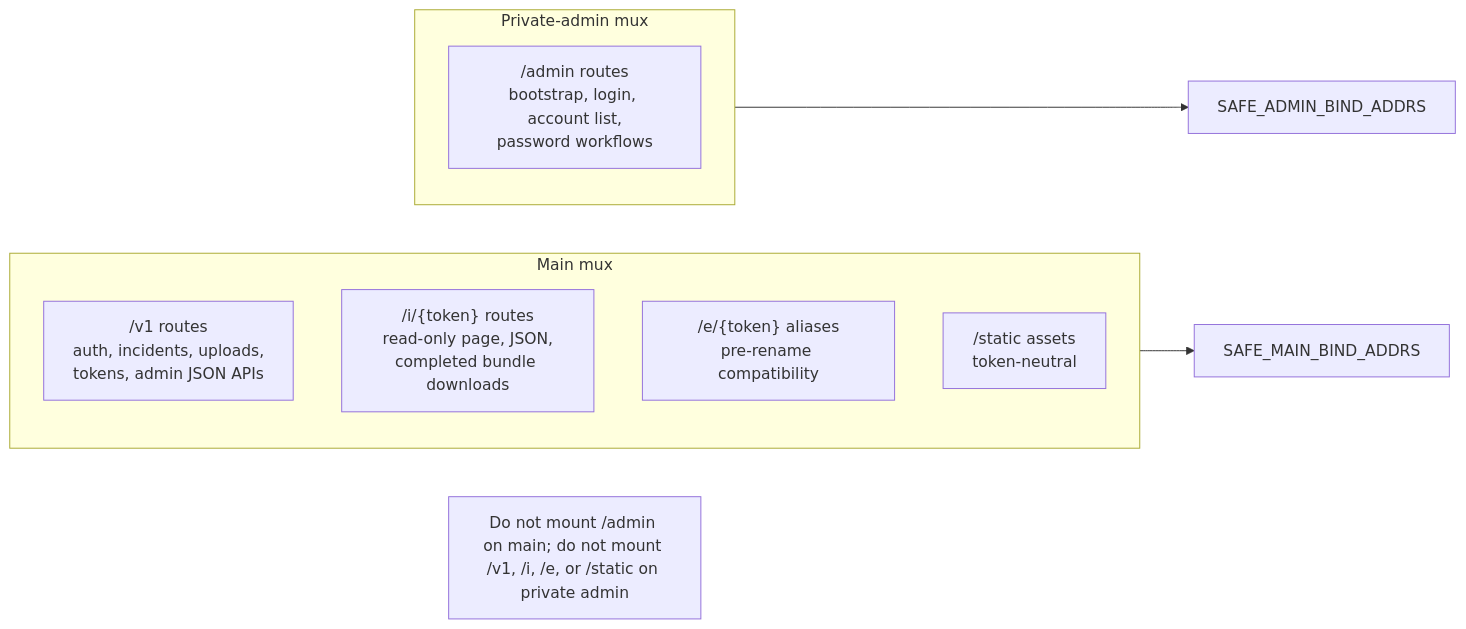
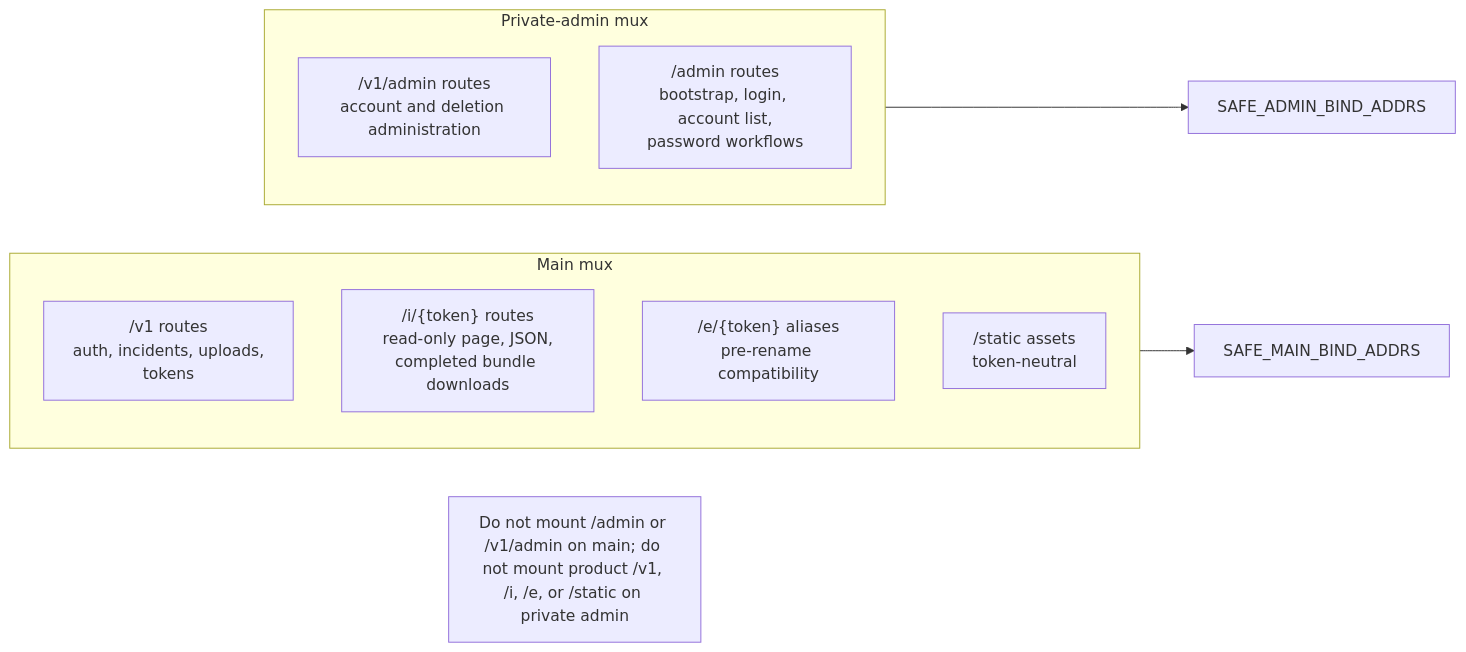
The fourth of 4 diagrams in docs/architecture.md (TheSilkky/safety-recorder), drawn with Mermaid before and after one commit. The commit also changed other lines of this file and 19 other files, not shown here.

Commit message:
Move admin API routes to private listener (#208)

````diff
--- a/docs/architecture.md
+++ b/docs/architecture.md
@@ -168,18 +170,19 @@
 ```mermaid
 flowchart LR
     subgraph MainMux["Main mux"]
-        V1["/v1 routes<br/>auth, incidents, uploads,<br/>tokens, admin JSON APIs"]
+        V1["/v1 routes<br/>auth, incidents, uploads,<br/>tokens"]
         Viewer["/i/{token} routes<br/>read-only page, JSON,<br/>completed bundle downloads"]
         LegacyViewer["/e/{token} aliases<br/>pre-rename compatibility"]
         Static["/static assets<br/>token-neutral"]
     end
 
     subgraph AdminMux["Private-admin mux"]
+        AdminAPI["/v1/admin routes<br/>account and deletion administration"]
         AdminWeb["/admin routes<br/>bootstrap, login, account list,<br/>password workflows"]
     end
 
     MainMux --> MainBind["SAFE_MAIN_BIND_ADDRS"]
     AdminMux --> AdminBind["SAFE_ADMIN_BIND_ADDRS"]
 
-    Warning["Do not mount /admin on main; do not mount /v1, /i, /e, or /static on private admin"]
+    Warning["Do not mount /admin or /v1/admin on main; do not mount product /v1, /i, /e, or /static on private admin"]
 ```
````
